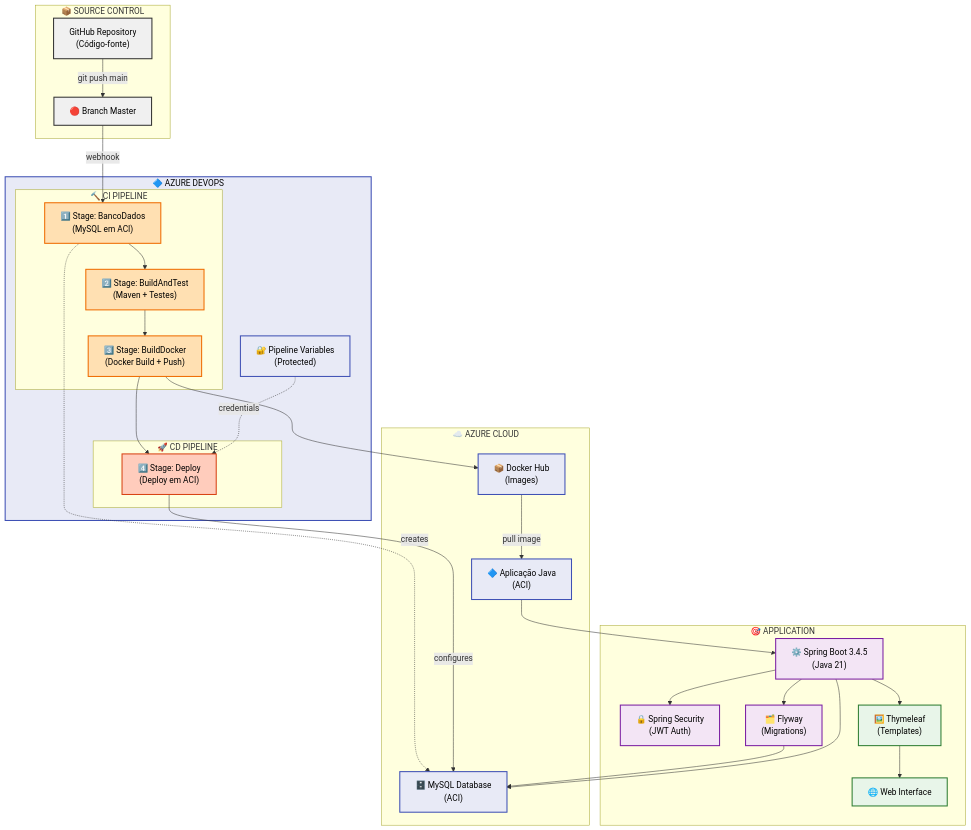
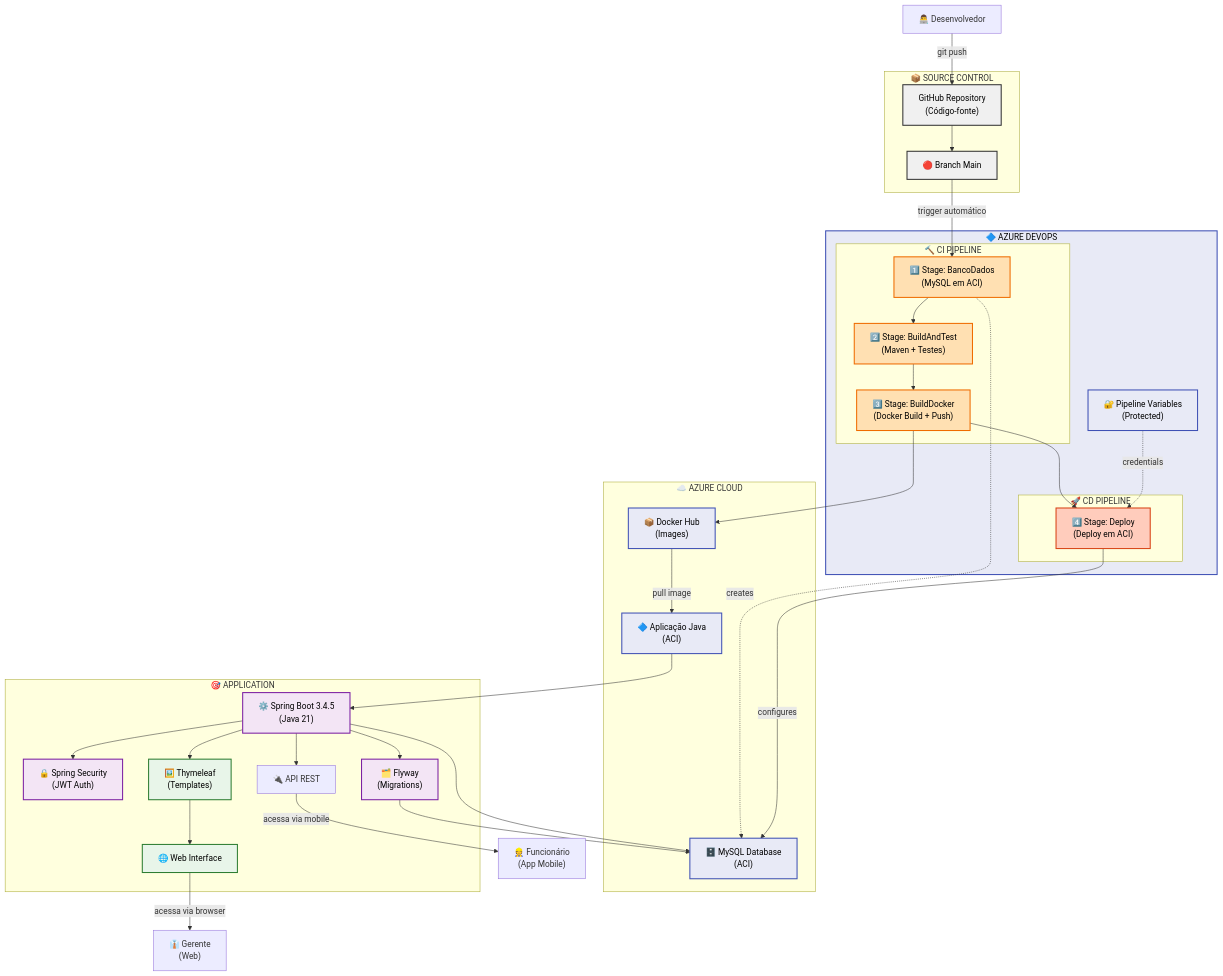
Before and after one commit to thejaobiell/MottuFlowDevops: the diagram in README.md, drawn with Mermaid.

````diff
--- a/README.md
+++ b/README.md
@@ -49,8 +49,10 @@
 ```mermaid
 graph TB
+    DEV["👨‍💻 Desenvolvedor"]
+    
     subgraph GitHub["📦 SOURCE CONTROL"]
         REPO["GitHub Repository<br/>(Código-fonte)"]
-        MASTER["🔴 Branch Master"]
+        MASTER["🔴 Branch Main"]
     end
     
     subgraph AzureDevOps["🔷 AZURE DEVOPS"]
@@ -79,11 +81,15 @@
         FLYWAY["🗂️ Flyway<br/>(Migrations)"]
         THYMELEAF["🖼️ Thymeleaf<br/>(Templates)"]
         WEB["🌐 Web Interface"]
+        APIREST["🔌 API REST"]
     end
     
+    FUNCIONARIO["👷 Funcionário<br/>(App Mobile)"]
+    GERENTE["👔 Gerente<br/>(Web)"]
+    
     %% Fluxo Principal
-    REPO -->|"git push main"| MASTER
-    MASTER -->|"webhook"| BancoDados
+    DEV -->|"git push"| REPO
+    REPO --> MASTER
     
     %% CI Flow
     BancoDados --> BuildAndTest
@@ -99,14 +105,22 @@
     BancoDados -.->|"creates"| DB
     Deploy -->|"configures"| DB
     
+    %% Trigger
+    MASTER -->|"trigger automático"| BancoDados
+    
     %% Application Stack
     APP --> SPRING
     SPRING --> SECURITY
     SPRING --> FLYWAY
     SPRING --> THYMELEAF
+    SPRING --> APIREST
     FLYWAY --> DB
     SPRING --> DB
     THYMELEAF --> WEB
+    
+    %% Personas acessando a aplicação
+    APIREST -->|"acessa via mobile"| FUNCIONARIO
+    WEB -->|"acessa via browser"| GERENTE
     
     %% Estilos
     classDef github fill:#f0f0f0,stroke:#333,stroke-width:2px,color:#000
````
